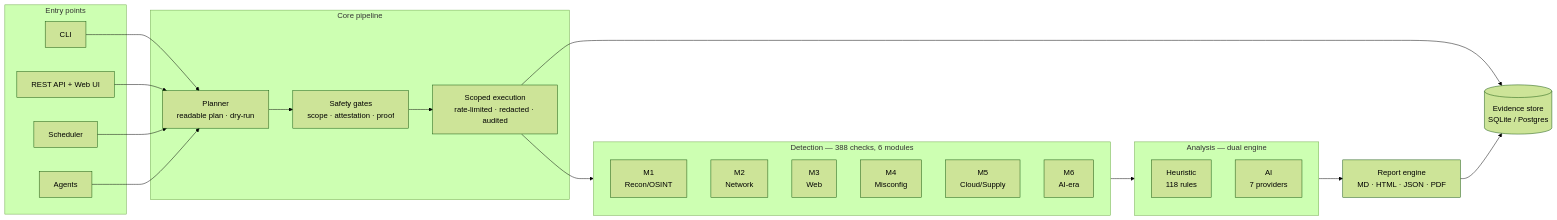
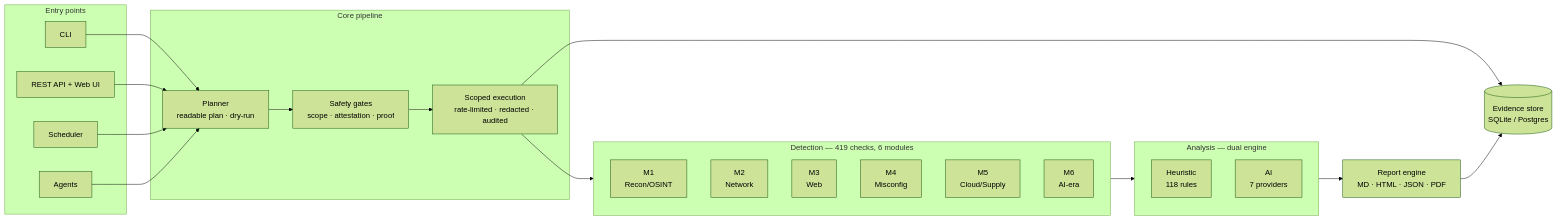
Before and after one commit to 0xFE1C/ARACHNE: the first of 2 diagrams in README.md, drawn with Mermaid (forest theme). The commit also changed other lines of this file and 19 other files, not shown here.

````diff
--- a/README.md
+++ b/README.md
@@ -60,40 +60,40 @@
 ```mermaid
 flowchart LR
     subgraph entry["Entry points"]
         CLI["CLI"]
         API["REST API + Web UI"]
         SCH["Scheduler"]
         AGT["Agents"]
     end
     subgraph pipeline["Core pipeline"]
         PLAN["Planner<br/>readable plan · dry-run"]
         GATES["Safety gates<br/>scope · attestation · proof"]
         RUN["Scoped execution<br/>rate-limited · redacted · audited"]
     end
-    subgraph modules["Detection — 388 checks, 6 modules"]
+    subgraph modules["Detection — 419 checks, 6 modules"]
         M1["M1<br/>Recon/OSINT"]
         M2["M2<br/>Network"]
         M3["M3<br/>Web"]
         M4["M4<br/>Misconfig"]
         M5["M5<br/>Cloud/Supply"]
         M6["M6<br/>AI-era"]
     end
     subgraph engines["Analysis — dual engine"]
         HEUR["Heuristic<br/>118 rules"]
         AIE["AI<br/>7 providers"]
     end
     REP["Report engine<br/>MD · HTML · JSON · PDF"]
     DB[("Evidence store<br/>SQLite / Postgres")]
 
     CLI --> PLAN
     API --> PLAN
     SCH --> PLAN
     AGT --> PLAN
     PLAN --> GATES
     GATES --> RUN
     RUN --> modules
     modules --> engines
     engines --> REP
     RUN --> DB
     REP --> DB
 ```
````
